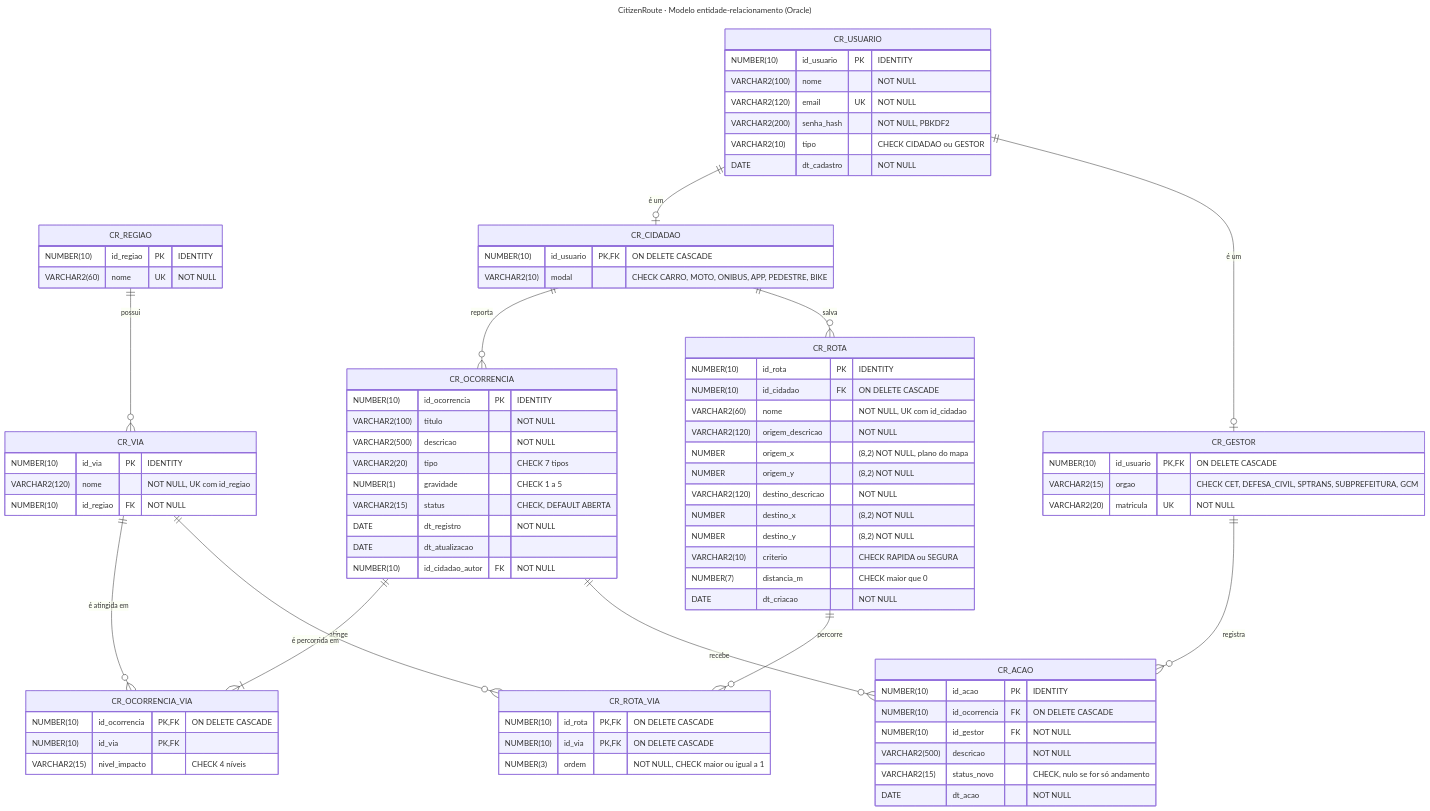
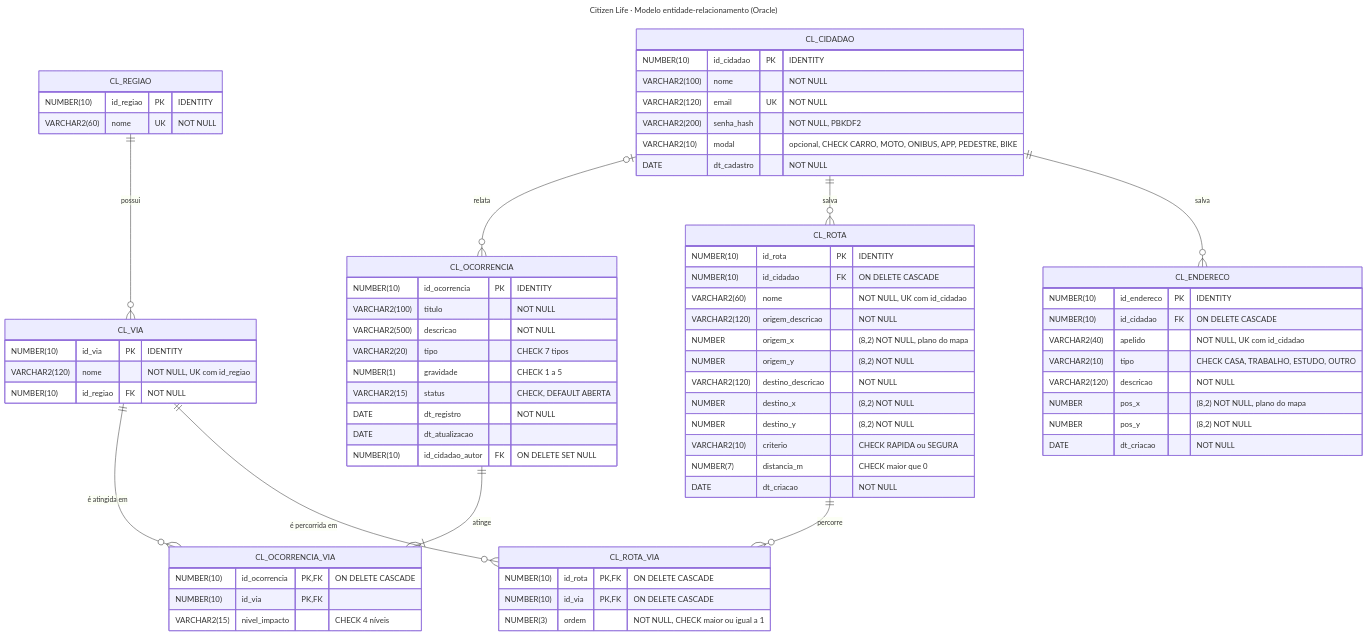
The diagram in docs/diagramas/er.mmd (lucasakira3/CitizenRoute), drawn with Mermaid before and after one commit. The commit also changed 211 other files, not shown here.

First line of the commit message:
Citizen Life: hub de seis pilares com Mobilidade, perfil e endereços

```diff
--- a/docs/diagramas/er.mmd
+++ b/docs/diagramas/er.mmd
@@ -1,85 +1,75 @@
 ---
-title: CitizenRoute · Modelo entidade-relacionamento (Oracle)
+title: Citizen Life · Modelo entidade-relacionamento (Oracle)
 ---
 erDiagram
-    CR_REGIAO ||--o{ CR_VIA : "possui"
-    CR_USUARIO ||--o| CR_CIDADAO : "é um"
-    CR_USUARIO ||--o| CR_GESTOR : "é um"
-    CR_CIDADAO ||--o{ CR_OCORRENCIA : "reporta"
-    CR_OCORRENCIA ||--|{ CR_OCORRENCIA_VIA : "atinge"
-    CR_VIA ||--o{ CR_OCORRENCIA_VIA : "é atingida em"
-    CR_CIDADAO ||--o{ CR_ROTA : "salva"
-    CR_ROTA ||--o{ CR_ROTA_VIA : "percorre"
-    CR_VIA ||--o{ CR_ROTA_VIA : "é percorrida em"
-    CR_OCORRENCIA ||--o{ CR_ACAO : "recebe"
-    CR_GESTOR ||--o{ CR_ACAO : "registra"
+    CL_REGIAO ||--o{ CL_VIA : "possui"
+    CL_CIDADAO |o--o{ CL_OCORRENCIA : "relata"
+    CL_OCORRENCIA ||--|{ CL_OCORRENCIA_VIA : "atinge"
+    CL_VIA ||--o{ CL_OCORRENCIA_VIA : "é atingida em"
+    CL_CIDADAO ||--o{ CL_ROTA : "salva"
+    CL_ROTA ||--o{ CL_ROTA_VIA : "percorre"
+    CL_VIA ||--o{ CL_ROTA_VIA : "é percorrida em"
+    CL_CIDADAO ||--o{ CL_ENDERECO : "salva"
 
-    CR_REGIAO {
+    CL_REGIAO {
         NUMBER(10) id_regiao PK "IDENTITY"
         VARCHAR2(60) nome UK "NOT NULL"
     }
-    CR_VIA {
+    CL_VIA {
         NUMBER(10) id_via PK "IDENTITY"
         VARCHAR2(120) nome "NOT NULL, UK com id_regiao"
         NUMBER(10) id_regiao FK "NOT NULL"
     }
-    CR_USUARIO {
-        NUMBER(10) id_usuario PK "IDENTITY"
+    CL_CIDADAO {
+        NUMBER(10) id_cidadao PK "IDENTITY"
         VARCHAR2(100) nome "NOT NULL"
         VARCHAR2(120) email UK "NOT NULL"
         VARCHAR2(200) senha_hash "NOT NULL, PBKDF2"
-        VARCHAR2(10) tipo "CHECK CIDADAO ou GESTOR"
+        VARCHAR2(10) modal "opcional, CHECK CARRO, MOTO, ONIBUS, APP, PEDESTRE, BIKE"
         DATE dt_cadastro "NOT NULL"
     }
-    CR_CIDADAO {
-        NUMBER(10) id_usuario PK, FK "ON DELETE CASCADE"
-        VARCHAR2(10) modal "CHECK CARRO, MOTO, ONIBUS, APP, PEDESTRE, BIKE"
-    }
-    CR_GESTOR {
-        NUMBER(10) id_usuario PK, FK "ON DELETE CASCADE"
-        VARCHAR2(15) orgao "CHECK CET, DEFESA_CIVIL, SPTRANS, SUBPREFEITURA, GCM"
-        VARCHAR2(20) matricula UK "NOT NULL"
-    }
-    CR_OCORRENCIA {
+    CL_OCORRENCIA {
         NUMBER(10) id_ocorrencia PK "IDENTITY"
         VARCHAR2(100) titulo "NOT NULL"
         VARCHAR2(500) descricao "NOT NULL"
         VARCHAR2(20) tipo "CHECK 7 tipos"
         NUMBER(1) gravidade "CHECK 1 a 5"
         VARCHAR2(15) status "CHECK, DEFAULT ABERTA"
         DATE dt_registro "NOT NULL"
         DATE dt_atualizacao
-        NUMBER(10) id_cidadao_autor FK "NOT NULL"
+        NUMBER(10) id_cidadao_autor FK "ON DELETE SET NULL"
     }
-    CR_OCORRENCIA_VIA {
+    CL_OCORRENCIA_VIA {
         NUMBER(10) id_ocorrencia PK, FK "ON DELETE CASCADE"
         NUMBER(10) id_via PK, FK
         VARCHAR2(15) nivel_impacto "CHECK 4 níveis"
     }
-    CR_ROTA {
+    CL_ROTA {
         NUMBER(10) id_rota PK "IDENTITY"
         NUMBER(10) id_cidadao FK "ON DELETE CASCADE"
         VARCHAR2(60) nome "NOT NULL, UK com id_cidadao"
         VARCHAR2(120) origem_descricao "NOT NULL"
         NUMBER origem_x "(8,2) NOT NULL, plano do mapa"
         NUMBER origem_y "(8,2) NOT NULL"
         VARCHAR2(120) destino_descricao "NOT NULL"
         NUMBER destino_x "(8,2) NOT NULL"
         NUMBER destino_y "(8,2) NOT NULL"
         VARCHAR2(10) criterio "CHECK RAPIDA ou SEGURA"
         NUMBER(7) distancia_m "CHECK maior que 0"
         DATE dt_criacao "NOT NULL"
     }
-    CR_ROTA_VIA {
+    CL_ROTA_VIA {
         NUMBER(10) id_rota PK, FK "ON DELETE CASCADE"
         NUMBER(10) id_via PK, FK "ON DELETE CASCADE"
         NUMBER(3) ordem "NOT NULL, CHECK maior ou igual a 1"
     }
-    CR_ACAO {
-        NUMBER(10) id_acao PK "IDENTITY"
-        NUMBER(10) id_ocorrencia FK "ON DELETE CASCADE"
-        NUMBER(10) id_gestor FK "NOT NULL"
-        VARCHAR2(500) descricao "NOT NULL"
-        VARCHAR2(15) status_novo "CHECK, nulo se for só andamento"
-        DATE dt_acao "NOT NULL"
+    CL_ENDERECO {
+        NUMBER(10) id_endereco PK "IDENTITY"
+        NUMBER(10) id_cidadao FK "ON DELETE CASCADE"
+        VARCHAR2(40) apelido "NOT NULL, UK com id_cidadao"
+        VARCHAR2(10) tipo "CHECK CASA, TRABALHO, ESTUDO, OUTRO"
+        VARCHAR2(120) descricao "NOT NULL"
+        NUMBER pos_x "(8,2) NOT NULL, plano do mapa"
+        NUMBER pos_y "(8,2) NOT NULL"
+        DATE dt_criacao "NOT NULL"
     }
```
